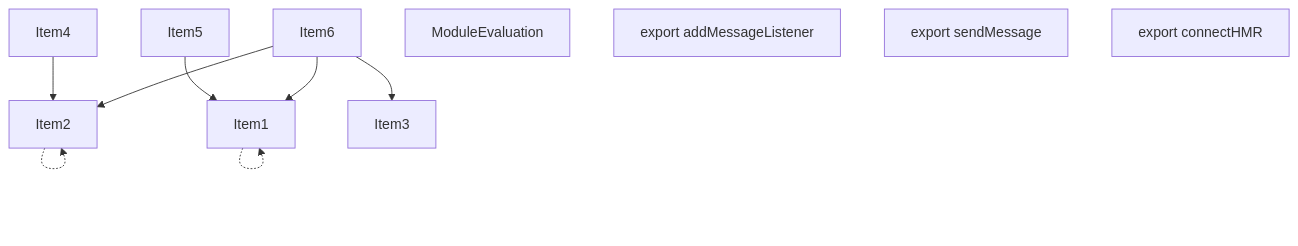
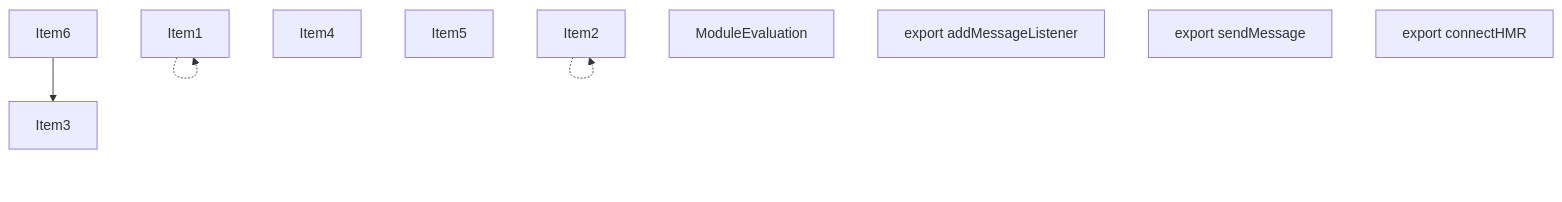
One commit to vercel/turborepo changed the third of 5 diagrams in crates/turbopack-ecmascript/tests/tree-shaker/analyzer/failed-1/output.md. Above: the diagram before and after it, drawn with Mermaid. The commit also changed other lines of this file and 20 other files, not shown here.

````diff
--- a/crates/turbopack-ecmascript/tests/tree-shaker/analyzer/failed-1/output.md
+++ b/crates/turbopack-ecmascript/tests/tree-shaker/analyzer/failed-1/output.md
@@ -165,24 +165,20 @@
 ```mermaid
 graph TD
     Item1;
     Item2;
     Item3;
     Item4;
     Item5;
     Item6;
     Item7;
     Item7["ModuleEvaluation"];
     Item8;
     Item8["export addMessageListener"];
     Item9;
     Item9["export sendMessage"];
     Item10;
     Item10["export connectHMR"];
     Item1 -.-> Item1;
     Item2 -.-> Item2;
-    Item4 --> Item2;
-    Item5 --> Item1;
-    Item6 --> Item1;
-    Item6 --> Item2;
     Item6 --> Item3;
 ```
````
